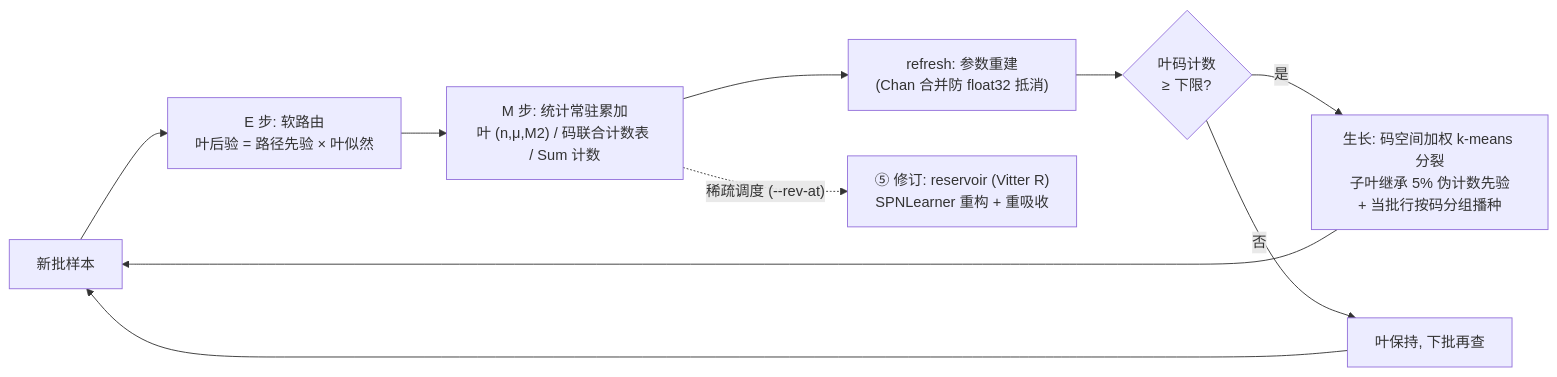
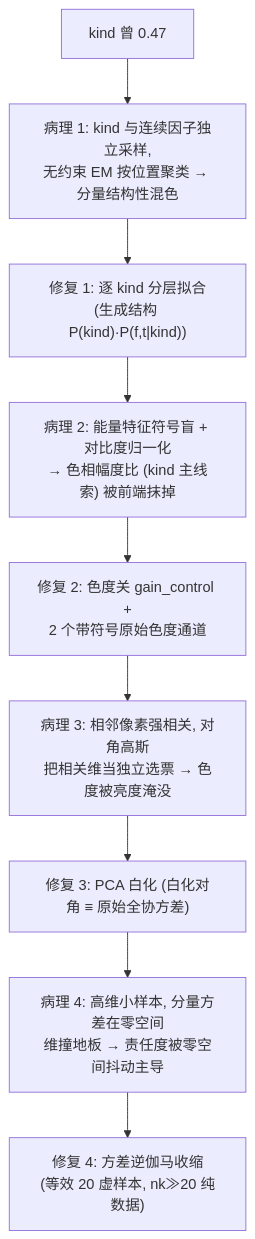
The second of 3 diagrams in docs/architecture.md (aki-xavier/conger), drawn with Mermaid before and after one commit. The commit also changed other lines of this file and 25 other files, not shown here.

````diff
--- a/docs/architecture.md
+++ b/docs/architecture.md
@@ -45,12 +39,11 @@
 ```mermaid
-flowchart LR
-    B["新批样本"] --> E["E 步: 软路由<br/>叶后验 = 路径先验 × 叶似然"]
-    E --> M["M 步: 统计常驻累加<br/>叶 (n,μ,M2) / 码联合计数表 / Sum 计数"]
-    M --> R["refresh: 参数重建<br/>(Chan 合并防 float32 抵消)"]
-    R --> G{"叶码计数<br/>≥ 下限?"}
-    G -->|是| SPLIT["生长: 码空间加权 k-means 分裂<br/>子叶继承 5% 伪计数先验<br/>+ 当批行按码分组播种"]
-    G -->|否| KEEP["叶保持, 下批再查"]
-    SPLIT --> B
-    KEEP --> B
-    M -.->|"稀疏调度 (--rev-at)"| REV["⑤ 修订: reservoir (Vitter R)<br/>SPNLearner 重构 + 重吸收"]
+flowchart TD
+    Q1["kind 曾 0.47"] --> A1["病理 1: kind 与连续因子独立采样,<br/>无约束 EM 按位置聚类 → 分量结构性混色"]
+    A1 --> F1["修复 1: 逐 kind 分层拟合<br/>(生成结构 P(kind)·P(f,t|kind))"]
+    F1 --> A2["病理 2: 能量特征符号盲 + 对比度归一化<br/>→ 色相幅度比 (kind 主线索) 被前端抹掉"]
+    A2 --> F2["修复 2: 色度关 gain_control +<br/>2 个带符号原始色度通道"]
+    F2 --> A3["病理 3: 相邻像素强相关, 对角高斯<br/>把相关维当独立选票 → 色度被亮度淹没"]
+    A3 --> F3["修复 3: PCA 白化 (白化对角 ≡ 原始全协方差)"]
+    F3 --> A4["病理 4: 高维小样本, 分量方差在零空间<br/>维撞地板 → 责任度被零空间抖动主导"]
+    A4 --> F4["修复 4: 方差逆伽马收缩<br/>(等效 20 虚样本, nk≫20 纯数据)"]
 ```
````
